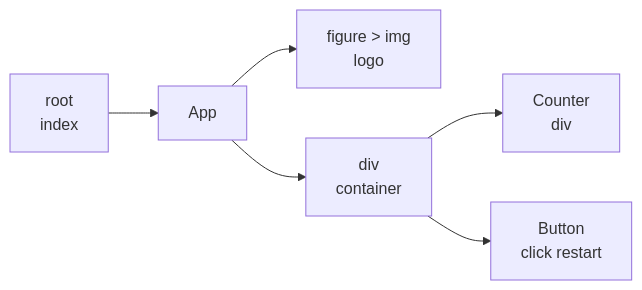
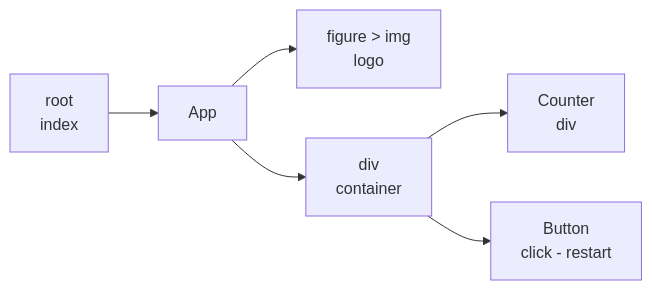
One commit to alevroses/react__click-counter changed the diagram in README.md. Above: the diagram before and after it, drawn with Mermaid. The commit also changed other lines of this file, not shown here.

````diff
--- a/README.md
+++ b/README.md
@@ -9,8 +7,8 @@
 ```mermaid
 graph LR
     A[root \n index] --> B[App]
     B --> C[figure > img \n logo]
     B --> D[div \n container]
     D --> E[Counter \n div]
-    D --> F[Button \n click restart]
+    D --> F[Button \n click - restart]
 ```
````
